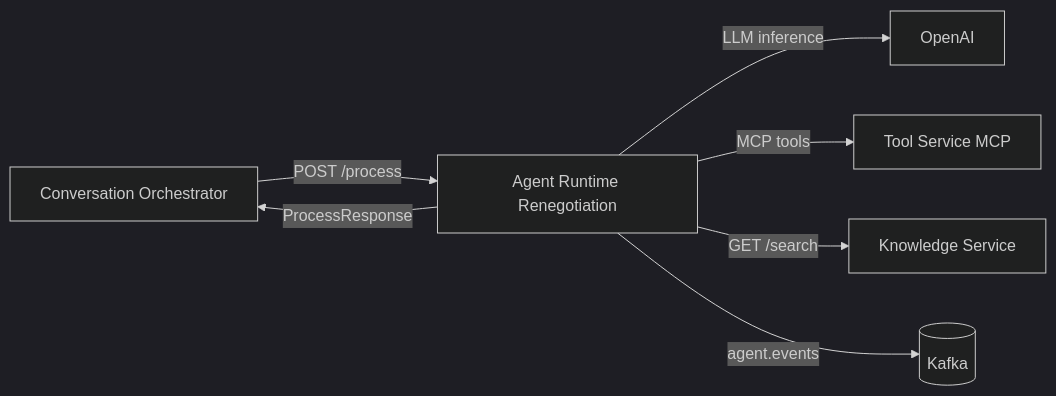
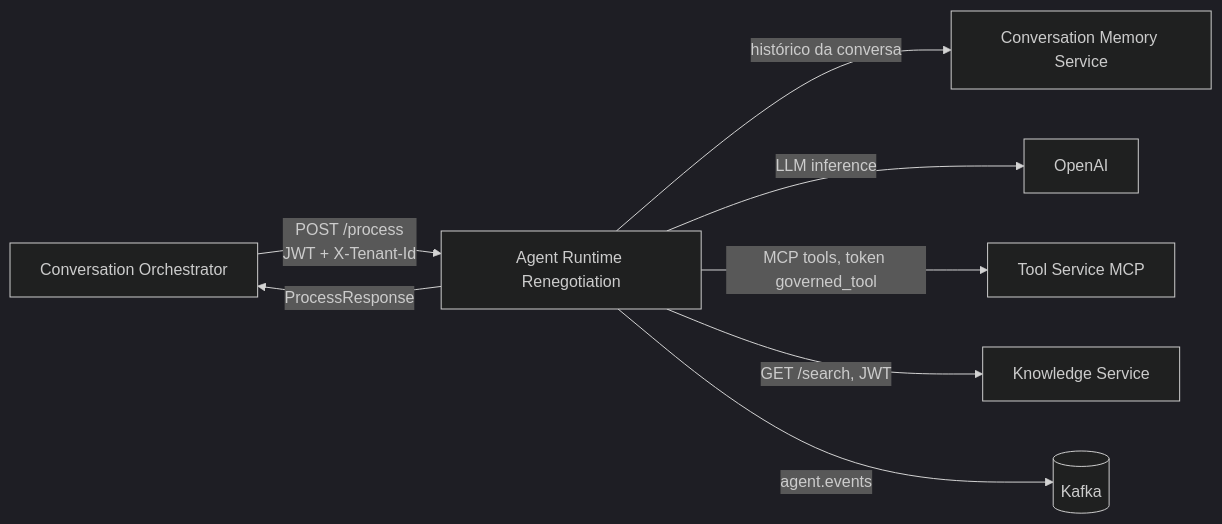
One commit to leandrosflora/agent-runtime-renegotiation changed the diagram in README.md. Above: the diagram before and after it, drawn with Mermaid (dark theme). The commit also changed other lines of this file, not shown here.

````diff
--- a/README.md
+++ b/README.md
@@ -9,9 +9,10 @@
 ```mermaid
 flowchart LR
-    Orchestrator[Conversation Orchestrator] -->|POST /process| Runtime[Agent Runtime Renegotiation]
+    Orchestrator[Conversation Orchestrator] -->|POST /process\nJWT + X-Tenant-Id| Runtime[Agent Runtime Renegotiation]
+    Runtime -->|histórico da conversa| Memory[Conversation Memory Service]
     Runtime -->|LLM inference| OpenAI[OpenAI]
-    Runtime -->|MCP tools| ToolService[Tool Service MCP]
-    Runtime -->|GET /search| Knowledge[Knowledge Service]
+    Runtime -->|MCP tools, token governed_tool| ToolService[Tool Service MCP]
+    Runtime -->|GET /search, JWT| Knowledge[Knowledge Service]
     Runtime -->|agent.events| Kafka[(Kafka)]
     Runtime -->|ProcessResponse| Orchestrator
 ```
````
